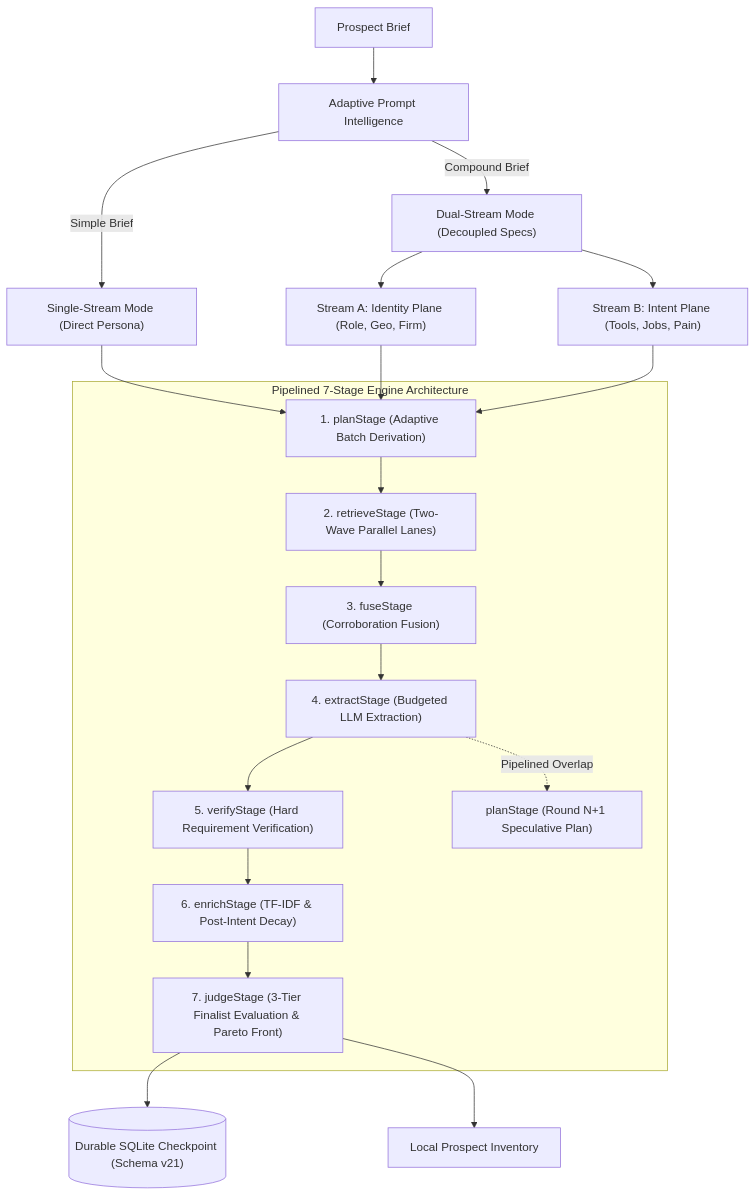
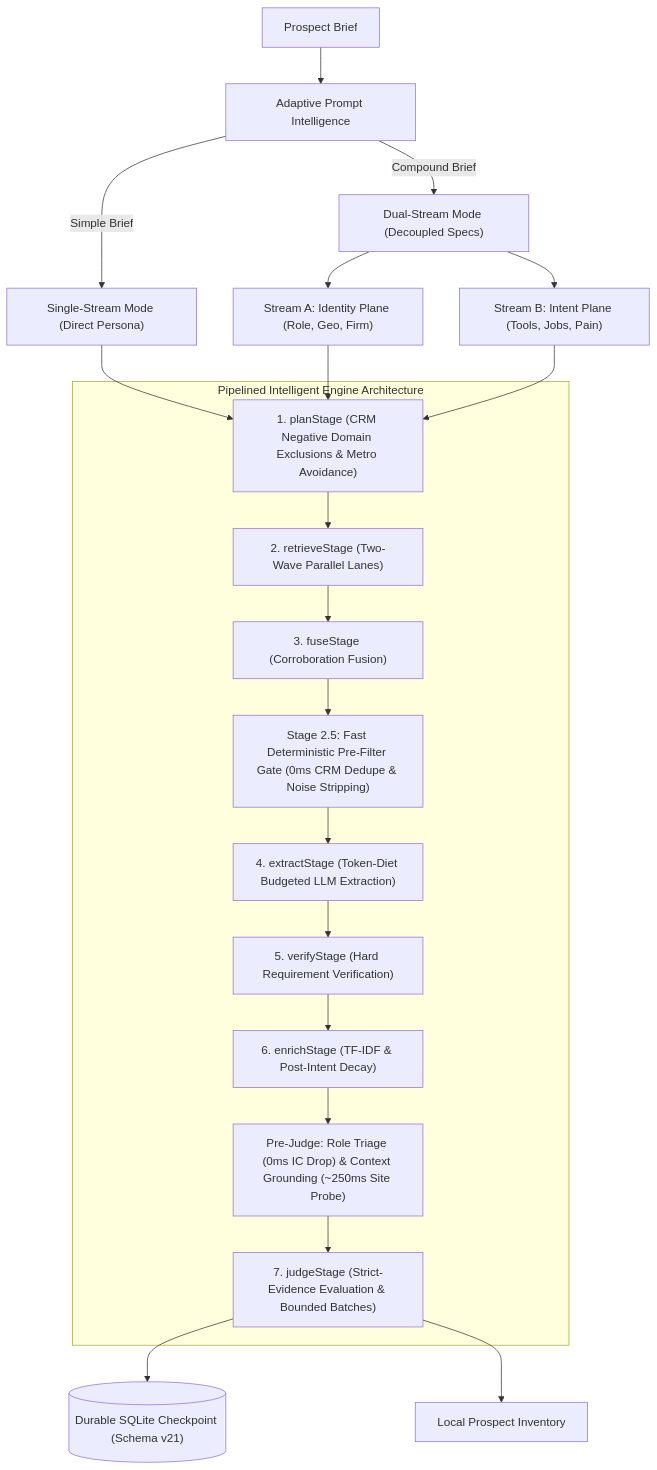
One commit to AliasHolmes/Apex-CRM changed the first of 2 diagrams in README.md. Above: the diagram before and after it, drawn with Mermaid. The commit also changed other lines of this file and 17 other files, not shown here.

First line of the commit message:
feat(engine): low-waste discovery architecture, CRM negative feedback & ADR-0005

````diff
--- a/README.md
+++ b/README.md
@@ -40,28 +41,29 @@
 ```mermaid
 flowchart TD
     Brief["Prospect Brief"] --> Classifier["Adaptive Prompt Intelligence"]
     Classifier -->|Simple Brief| StreamIdentity["Single-Stream Mode (Direct Persona)"]
     Classifier -->|Compound Brief| StreamDual["Dual-Stream Mode (Decoupled Specs)"]
     StreamDual --> StreamA["Stream A: Identity Plane (Role, Geo, Firm)"]
     StreamDual --> StreamB["Stream B: Intent Plane (Tools, Jobs, Pain)"]
 
-    subgraph Stages ["Pipelined 7-Stage Engine Architecture"]
-        Plan["1. planStage (Adaptive Batch Derivation)"]
+    subgraph Stages ["Pipelined Intelligent Engine Architecture"]
+        Plan["1. planStage (CRM Negative Domain Exclusions & Metro Avoidance)"]
         Retrieve["2. retrieveStage (Two-Wave Parallel Lanes)"]
         Fuse["3. fuseStage (Corroboration Fusion)"]
-        Extract["4. extractStage (Budgeted LLM Extraction)"]
+        PreFilter["Stage 2.5: Fast Deterministic Pre-Filter Gate (0ms CRM Dedupe & Noise Stripping)"]
+        Extract["4. extractStage (Token-Diet Budgeted LLM Extraction)"]
         Verify["5. verifyStage (Hard Requirement Verification)"]
         Enrich["6. enrichStage (TF-IDF & Post-Intent Decay)"]
-        Judge["7. judgeStage (3-Tier Finalist Evaluation & Pareto Front)"]
+        PreJudge["Pre-Judge: Role Triage (0ms IC Drop) & Context Grounding (~250ms Site Probe)"]
+        Judge["7. judgeStage (Strict-Evidence Evaluation & Bounded Batches)"]
 
-        Plan --> Retrieve --> Fuse --> Extract --> Verify --> Enrich --> Judge
-        Extract -.->|Pipelined Overlap| PlanNext["planStage (Round N+1 Speculative Plan)"]
+        Plan --> Retrieve --> Fuse --> PreFilter --> Extract --> Verify --> Enrich --> PreJudge --> Judge
     end
 
     StreamIdentity --> Plan
     StreamA --> Plan
     StreamB --> Plan
 
     Judge --> Checkpoint[("Durable SQLite Checkpoint (Schema v21)")]
     Judge --> Inventory["Local Prospect Inventory"]
 ```
````
